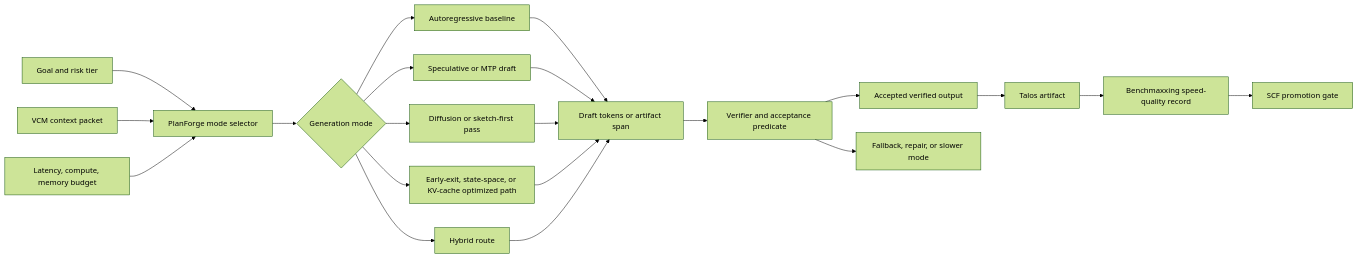
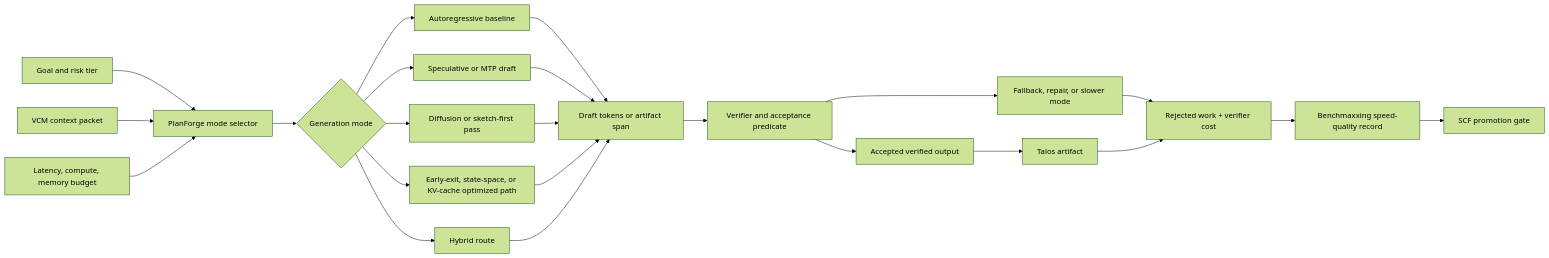
Before and after one commit to corbensorenson/asi-stack-book: the diagram in chapters/fast-generation-architectures.qmd, drawn with Mermaid (forest theme). The commit also changed other lines of this file and 3 other files, not shown here.

````diff
--- a/chapters/fast-generation-architectures.qmd
+++ b/chapters/fast-generation-architectures.qmd
@@ -127,23 +129,25 @@
 ```{mermaid}
 flowchart LR
   A["Goal and risk tier"] --> B["PlanForge mode selector"]
   C["VCM context packet"] --> B
   D["Latency, compute, memory budget"] --> B
   B --> E{"Generation mode"}
   E --> F["Autoregressive baseline"]
   E --> G["Speculative or MTP draft"]
   E --> H["Diffusion or sketch-first pass"]
   E --> I["Early-exit, state-space, or KV-cache optimized path"]
   E --> J["Hybrid route"]
   F --> K["Draft tokens or artifact span"]
   G --> K
   H --> K
   I --> K
   J --> K
   K --> L["Verifier and acceptance predicate"]
   L --> M["Accepted verified output"]
   L --> N["Fallback, repair, or slower mode"]
   M --> O["Talos artifact"]
-  O --> P["Benchmaxxing speed-quality record"]
-  P --> Q["SCF promotion gate"]
+  N --> P["Rejected work + verifier cost"]
+  O --> P
+  P --> R["Benchmaxxing speed-quality record"]
+  R --> Q["SCF promotion gate"]
 ```
````
